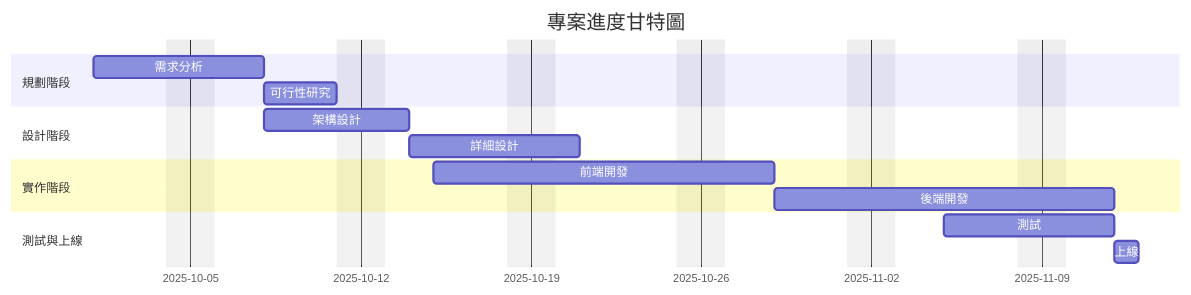
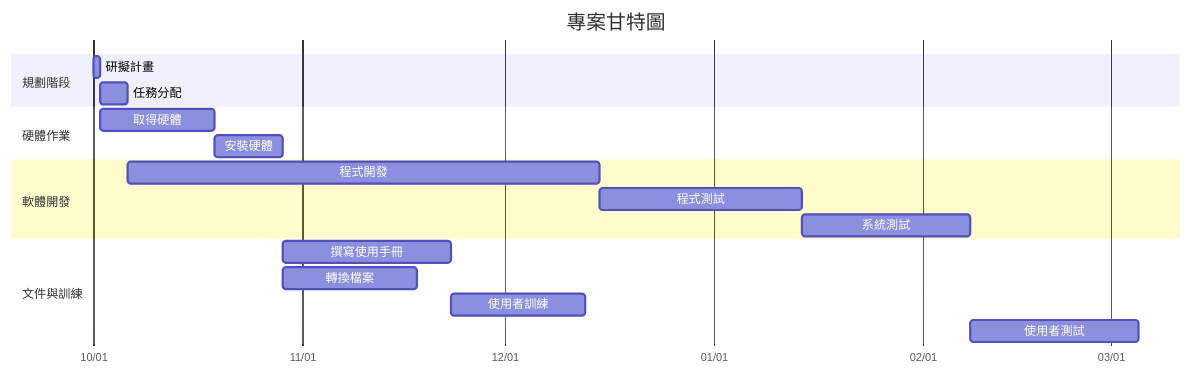
The diagram in hw2.md (yz0216/hw2.md), drawn with Mermaid before and after one commit.

````diff
--- a/hw2.md
+++ b/hw2.md
@@ -1,22 +1,25 @@
 ```mermaid
 gantt
-    title 專案進度甘特圖
+    title 專案甘特圖
     dateFormat  YYYY-MM-DD
-    excludes    weekends
+    axisFormat  %m/%d
 
     section 規劃階段
-    需求分析           :a1, 2025-10-01, 5d
-    可行性研究         :a2, after a1, 3d
+    研擬計畫          :a1, 2025-10-01, 1d
+    任務分配          :a2, after a1, 4d
 
-    section 設計階段
-    架構設計           :b1, 2025-10-08, 4d
-    詳細設計           :b2, after b1, 5d
+    section 硬體作業
+    取得硬體          :a3, after a1, 17d
+    安裝硬體          :a5, after a3, 10d
 
-    section 實作階段
-    前端開發           :c1, 2025-10-15, 10d
-    後端開發           :c2, after c1, 10d
+    section 軟體開發
+    程式開發          :a4, after a2, 70d
+    程式測試          :a6, after a4, 30d
+    系統測試          :a9, after a6, 25d
 
-    section 測試與上線
-    測試               :d1, 2025-11-05, 5d
-    上線               :d2, after d1, 1d
+    section 文件與訓練
+    撰寫使用手冊      :a7, after a5, 25d
+    轉換檔案          :a8, after a5, 20d
+    使用者訓練        :a10, after a7 a8, 20d
+    使用者測試        :a11, after a9 a10, 25d
 ```
````
